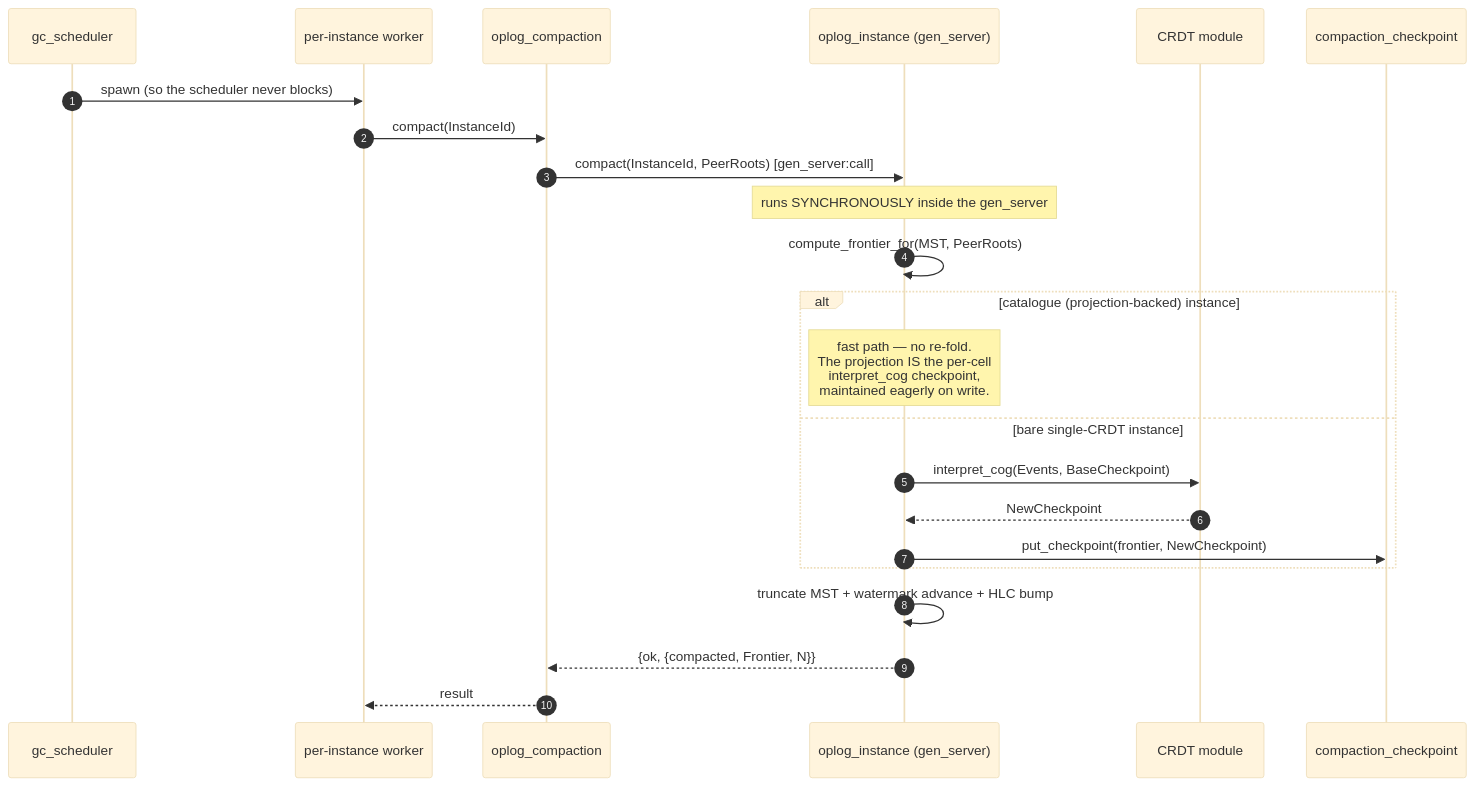
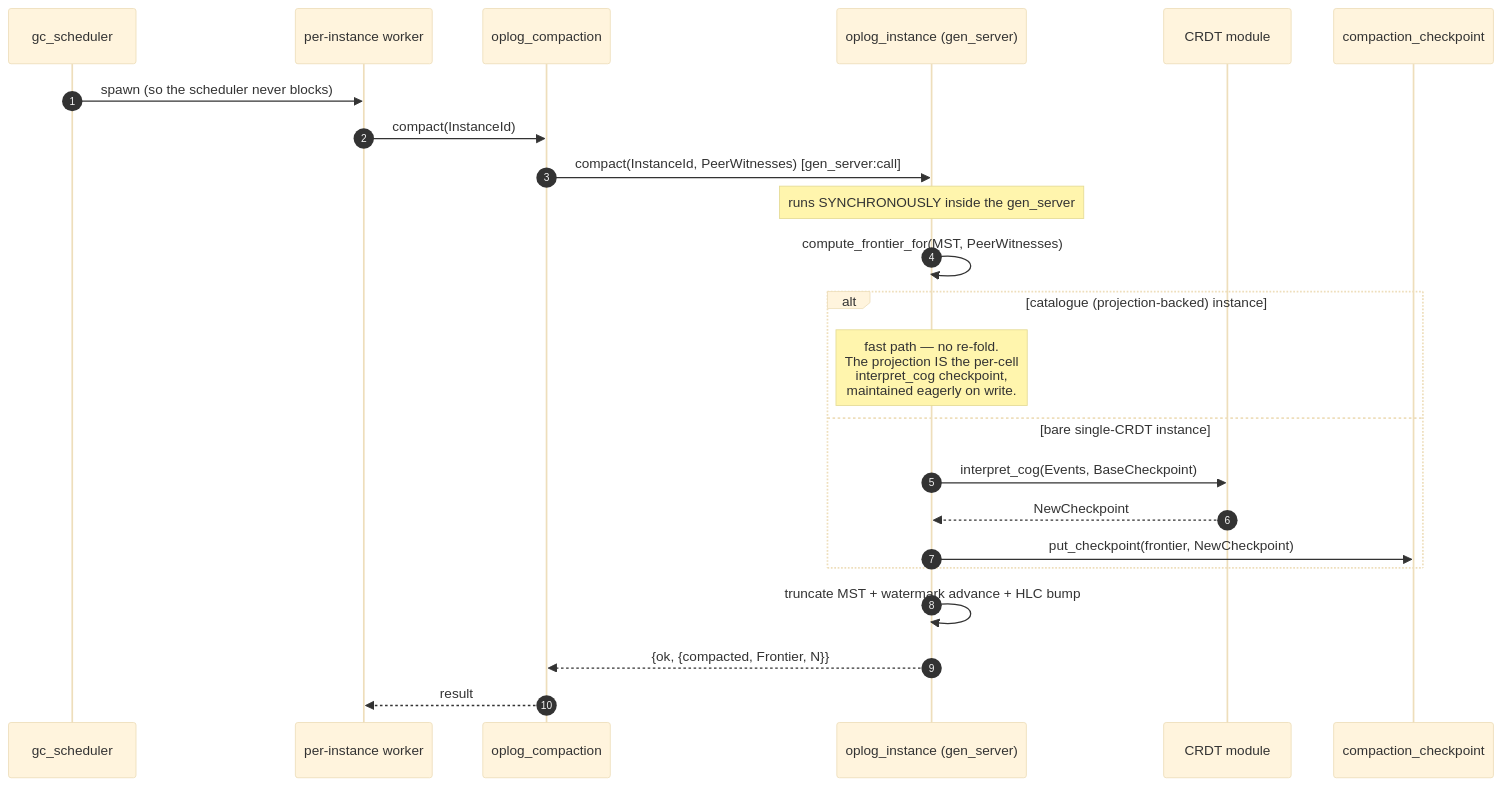
Before and after one commit to bondy-io/bondy: the fifth of 16 diagrams in apps/bondy_db/doc_extras/architecture/06_compaction_and_bootstrap.md, drawn with Mermaid (base theme). The commit also changed other lines of this file and 35 other files, not shown here.

````diff
--- a/apps/bondy_db/doc_extras/architecture/06_compaction_and_bootstrap.md
+++ b/apps/bondy_db/doc_extras/architecture/06_compaction_and_bootstrap.md
@@ -255,26 +278,26 @@
 ```mermaid
 sequenceDiagram
     autonumber
     participant Sched as gc_scheduler
     participant Worker as per-instance worker
     participant Comp as oplog_compaction
     participant Inst as oplog_instance (gen_server)
     participant Crdt as CRDT module
     participant CK as compaction_checkpoint
 
     Sched->>Worker: spawn (so the scheduler never blocks)
     Worker->>Comp: compact(InstanceId)
-    Comp->>Inst: compact(InstanceId, PeerRoots)  [gen_server:call]
+    Comp->>Inst: compact(InstanceId, PeerWitnesses)  [gen_server:call]
     Note over Inst: runs SYNCHRONOUSLY inside the gen_server
-    Inst->>Inst: compute_frontier_for(MST, PeerRoots)
+    Inst->>Inst: compute_frontier_for(MST, PeerWitnesses)
     alt catalogue (projection-backed) instance
         Note over Inst: fast path — no re-fold.<br/>The projection IS the per-cell<br/>interpret_cog checkpoint,<br/>maintained eagerly on write.
     else bare single-CRDT instance
         Inst->>Crdt: interpret_cog(Events, BaseCheckpoint)
         Crdt-->>Inst: NewCheckpoint
         Inst->>CK: put_checkpoint(frontier, NewCheckpoint)
     end
     Inst->>Inst: truncate MST + watermark advance + HLC bump
     Inst-->>Comp: {ok, {compacted, Frontier, N}}
     Comp-->>Worker: result
 ```
````
